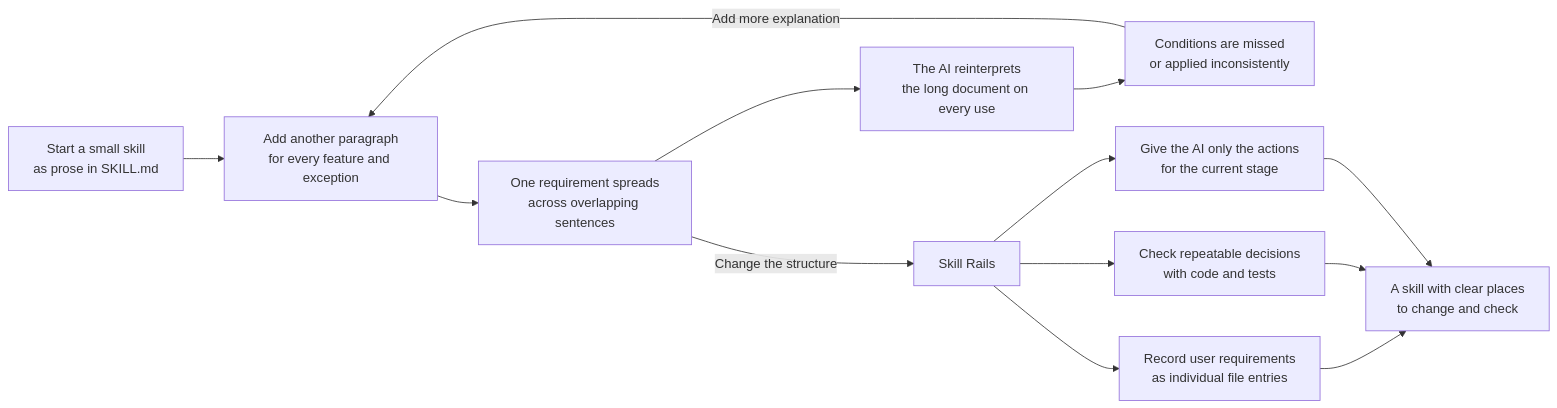
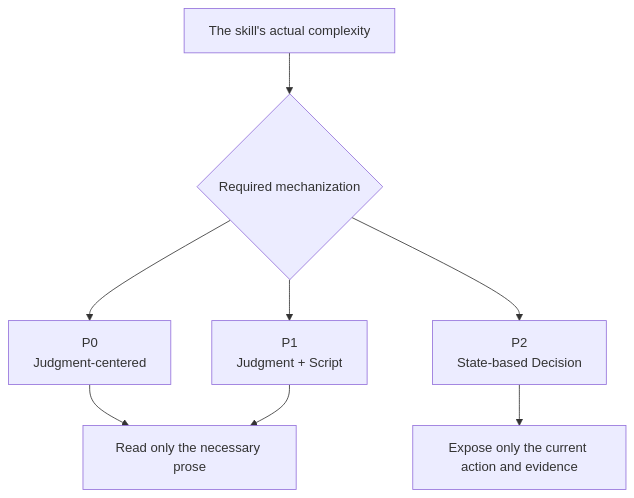
One commit to nanomia-ai/skill-rails changed the fourth of 6 diagrams in README.md. Above: the diagram before and after it, drawn with Mermaid. The commit also changed other lines of this file and 1 other file, not shown here.

````diff
--- a/README.md
+++ b/README.md
@@ -21,15 +57,10 @@
 ```mermaid
-flowchart LR
-    A["Start a small skill<br/>as prose in SKILL.md"] --> B["Add another paragraph<br/>for every feature and exception"]
-    B --> C["One requirement spreads<br/>across overlapping sentences"]
-    C --> D["The AI reinterprets<br/>the long document on every use"]
-    D --> E["Conditions are missed<br/>or applied inconsistently"]
-    E -->|Add more explanation| B
-    C -->|Change the structure| F["Skill Rails"]
-    F --> G["Record user requirements<br/>as individual file entries"]
-    F --> H["Check repeatable decisions<br/>with code and tests"]
-    F --> I["Give the AI only the actions<br/>for the current stage"]
-    G --> J["A skill with clear places<br/>to change and check"]
-    H --> J
-    I --> J
+flowchart TD
+    A["The skill's actual complexity"] --> B{"Required mechanization"}
+    B --> C["P0<br/>Judgment-centered"]
+    B --> D["P1<br/>Judgment + Script"]
+    B --> E["P2<br/>State-based Decision"]
+    C --> F["Read only the necessary prose"]
+    D --> F
+    E --> G["Expose only the current action and evidence"]
 ```
````
